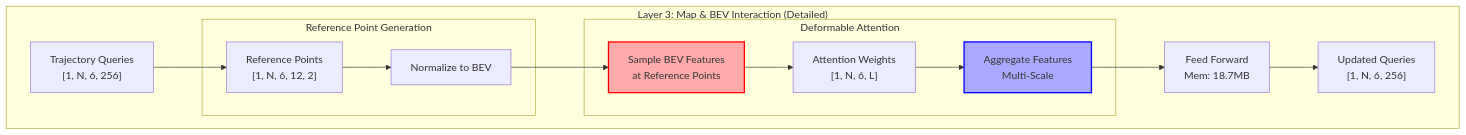
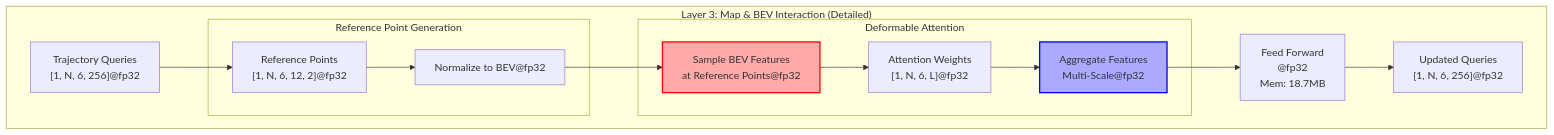
The second of 4 diagrams in tools/pytorch_op_tracer/reports/task_heads/motion_head_report.md (litanlitudan/UniAD), drawn with Mermaid before and after one commit. The commit also changed other lines of this file and 17 other files, not shown here.

````diff
--- a/tools/pytorch_op_tracer/reports/task_heads/motion_head_report.md
+++ b/tools/pytorch_op_tracer/reports/task_heads/motion_head_report.md
@@ -61,31 +61,31 @@
 ```mermaid
 graph TB
     subgraph "Layer 3: Map & BEV Interaction (Detailed)"
-        TQ["Trajectory Queries<br/>[1, N, 6, 256]"]
+        TQ["Trajectory Queries<br/>[1, N, 6, 256]@fp32"]
         
         subgraph "Reference Point Generation"
-            RP["Reference Points<br/>[1, N, 6, 12, 2]"]
-            Norm["Normalize to BEV"]
+            RP["Reference Points<br/>[1, N, 6, 12, 2]@fp32"]
+            Norm["Normalize to BEV@fp32"]
         end
         
         subgraph "Deformable Attention"
-            Samp["Sample BEV Features<br/>at Reference Points"]
-            Agg["Aggregate Features<br/>Multi-Scale"]
-            Attn["Attention Weights<br/>[1, N, 6, L]"]
+            Samp["Sample BEV Features<br/>at Reference Points@fp32"]
+            Agg["Aggregate Features<br/>Multi-Scale@fp32"]
+            Attn["Attention Weights<br/>[1, N, 6, L]@fp32"]
         end
         
-        FFN["Feed Forward<br/>Mem: 18.7MB"]
-        Out["Updated Queries<br/>[1, N, 6, 256]"]
+        FFN["Feed Forward<br/>@fp32<br/>Mem: 18.7MB"]
+        Out["Updated Queries<br/>[1, N, 6, 256]@fp32"]
         
         TQ --> RP
         RP --> Norm
         Norm --> Samp
         Samp --> Attn
         Attn --> Agg
         Agg --> FFN
         FFN --> Out
     end
     
     style Samp fill:#faa,stroke:#f00,stroke-width:2px
     style Agg fill:#aaf,stroke:#00f,stroke-width:2px
 ```
````
